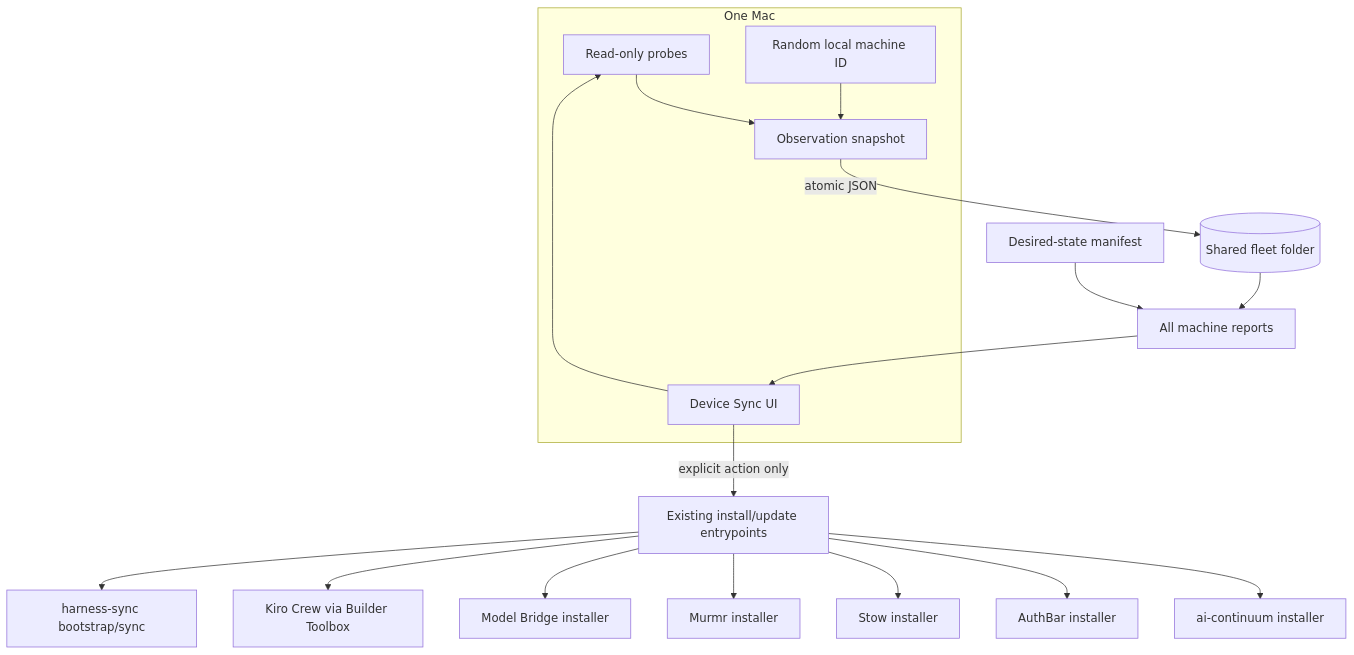
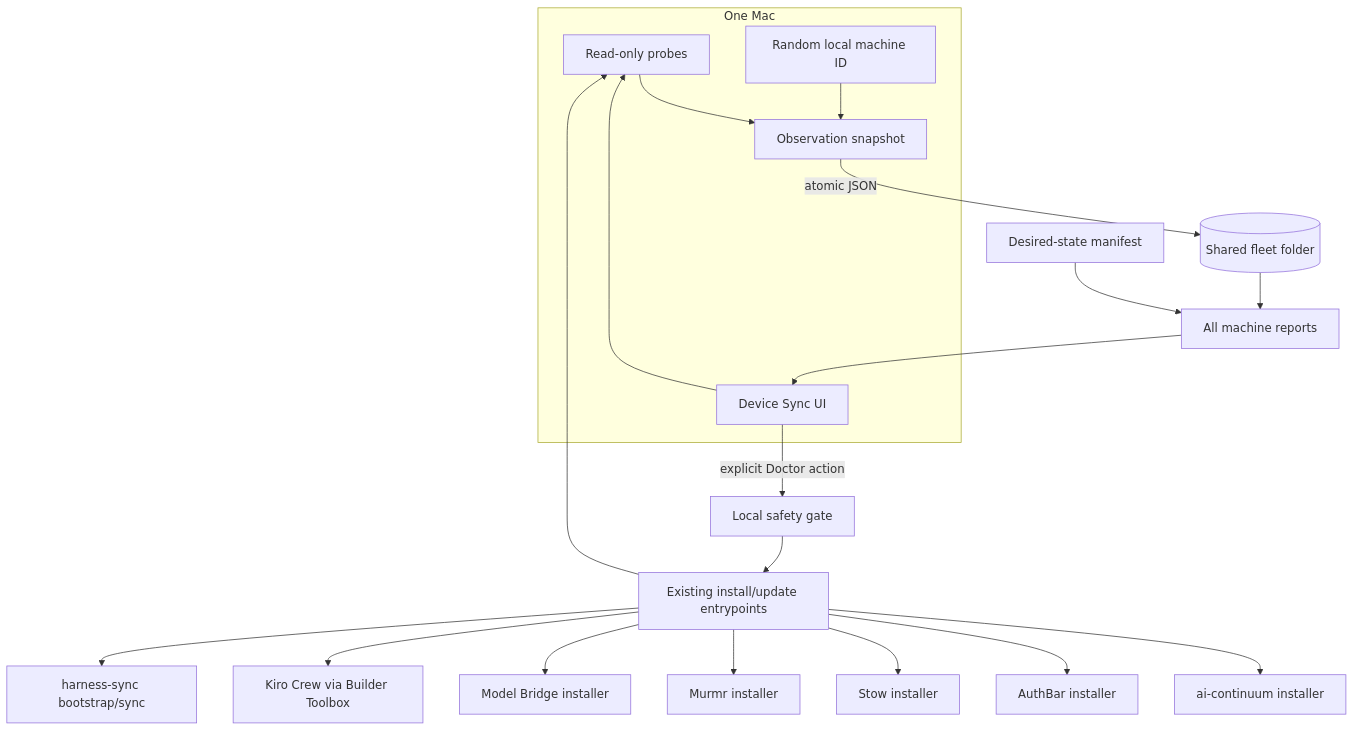
One commit to pstarkgit/FleetMesh changed the diagram in docs/ARCHITECTURE.md. Above: the diagram before and after it, drawn with Mermaid. The commit also changed other lines of this file and 10 other files, not shown here.

````diff
--- a/docs/ARCHITECTURE.md
+++ b/docs/ARCHITECTURE.md
@@ -10,22 +10,24 @@
 ```mermaid
 flowchart TB
     subgraph Mac[One Mac]
       P[Read-only probes] --> O[Observation snapshot]
       L[Random local machine ID] --> O
       UI[Device Sync UI] --> P
     end
 
     O -->|atomic JSON| F[(Shared fleet folder)]
     F --> R[All machine reports]
     B[Desired-state manifest] --> R
     R --> UI
-    UI -->|explicit action only| X[Existing install/update entrypoints]
+    UI -->|explicit Doctor action| G[Local safety gate]
+    G --> X[Existing install/update entrypoints]
+    X --> P
 
     X --> A[ai-continuum installer]
     X --> AB[AuthBar installer]
     X --> ST[Stow installer]
     X --> MV[Murmr installer]
     X --> MB[Model Bridge installer]
     X --> KC[Kiro Crew via Builder Toolbox]
     X --> HS[harness-sync bootstrap/sync]
 ```
````
